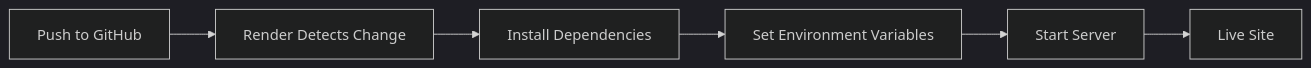
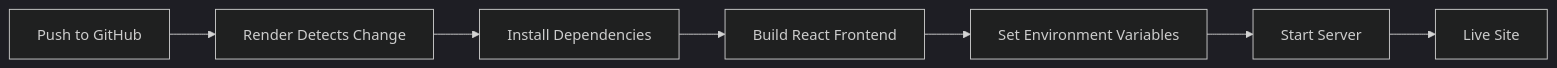
The diagram in docs/DEPLOYMENT_GUIDE.md (CapstoneDesign-Spring2026-UlsanCollege/Free_Sewaa), drawn with Mermaid (dark theme) before and after one commit. The commit also changed other lines of this file and 5 other files, not shown here.

First line of the commit message:
update project guides for React frontend changes

````diff
--- a/docs/DEPLOYMENT_GUIDE.md
+++ b/docs/DEPLOYMENT_GUIDE.md
@@ -25,8 +25,9 @@
 ```mermaid
 flowchart LR
     A[Push to GitHub] --> B[Render Detects Change]
     B --> C[Install Dependencies]
-    C --> D[Set Environment Variables]
-    D --> E[Start Server]
-    E --> F[Live Site]
+    C --> D[Build React Frontend]
+    D --> E[Set Environment Variables]
+    E --> F[Start Server]
+    F --> G[Live Site]
 ```
````
